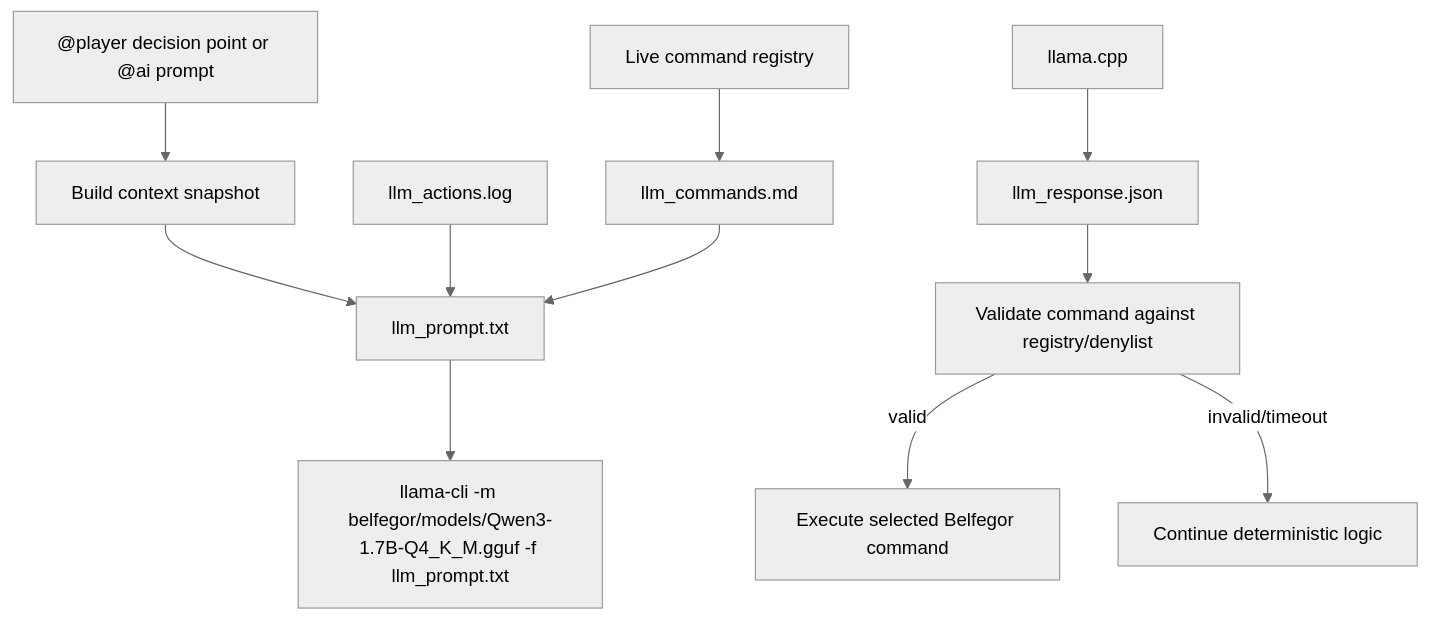
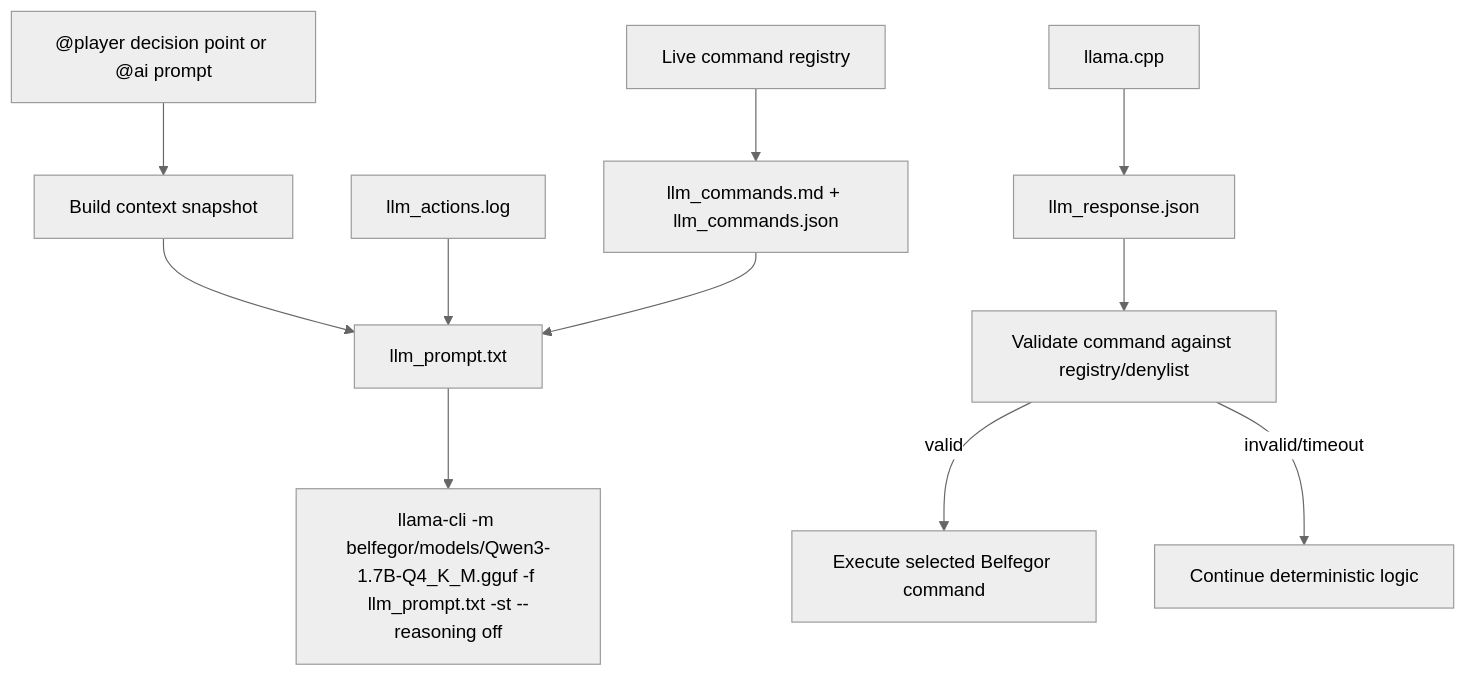
One commit to unaveragetech/Belfegor changed the sixth of 8 diagrams in docs/ARCHITECTURE.md. Above: the diagram before and after it, drawn with Mermaid (neutral theme). The commit also changed other lines of this file and 7 other files, not shown here.

First line of the commit message:
Update docs and roadmap for the autonomy overhaul

````diff
--- a/docs/ARCHITECTURE.md
+++ b/docs/ARCHITECTURE.md
@@ -209,13 +225,13 @@
 ```mermaid
 flowchart TD
     PlayerMode["@player decision point or @ai prompt"] --> Snapshot["Build context snapshot"]
-    Commands["Live command registry"] --> Export["llm_commands.md"]
+    Commands["Live command registry"] --> Export["llm_commands.md + llm_commands.json"]
     Snapshot --> Prompt["llm_prompt.txt"]
     ActionLog["llm_actions.log"] --> Prompt
     Export --> Prompt
-    Prompt --> LlamaCli["llama-cli -m belfegor/models/Qwen3-1.7B-Q4_K_M.gguf -f llm_prompt.txt"]
+    Prompt --> LlamaCli["llama-cli -m belfegor/models/Qwen3-1.7B-Q4_K_M.gguf -f llm_prompt.txt -st --reasoning off"]
     llama.cpp --> Response["llm_response.json"]
     Response --> Validate["Validate command against registry/denylist"]
     Validate -- valid --> Execute["Execute selected Belfegor command"]
     Validate -- invalid/timeout --> Fallback["Continue deterministic logic"]
 ```
````
